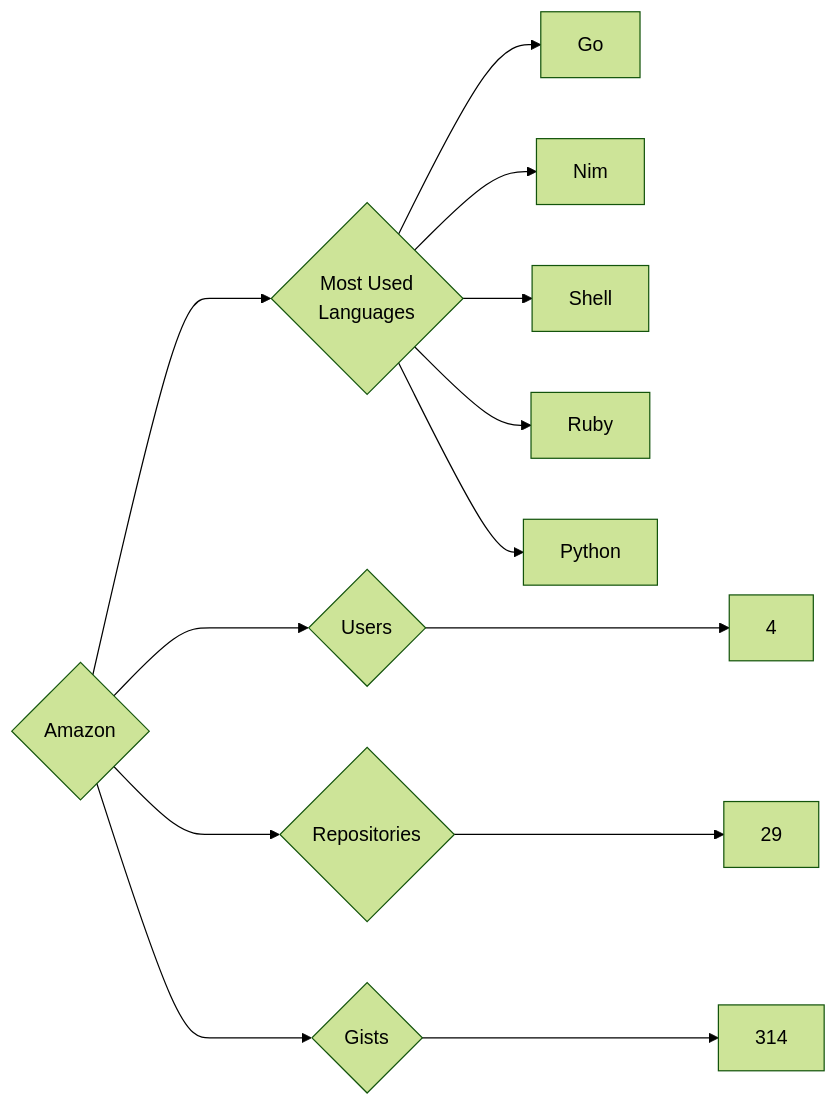
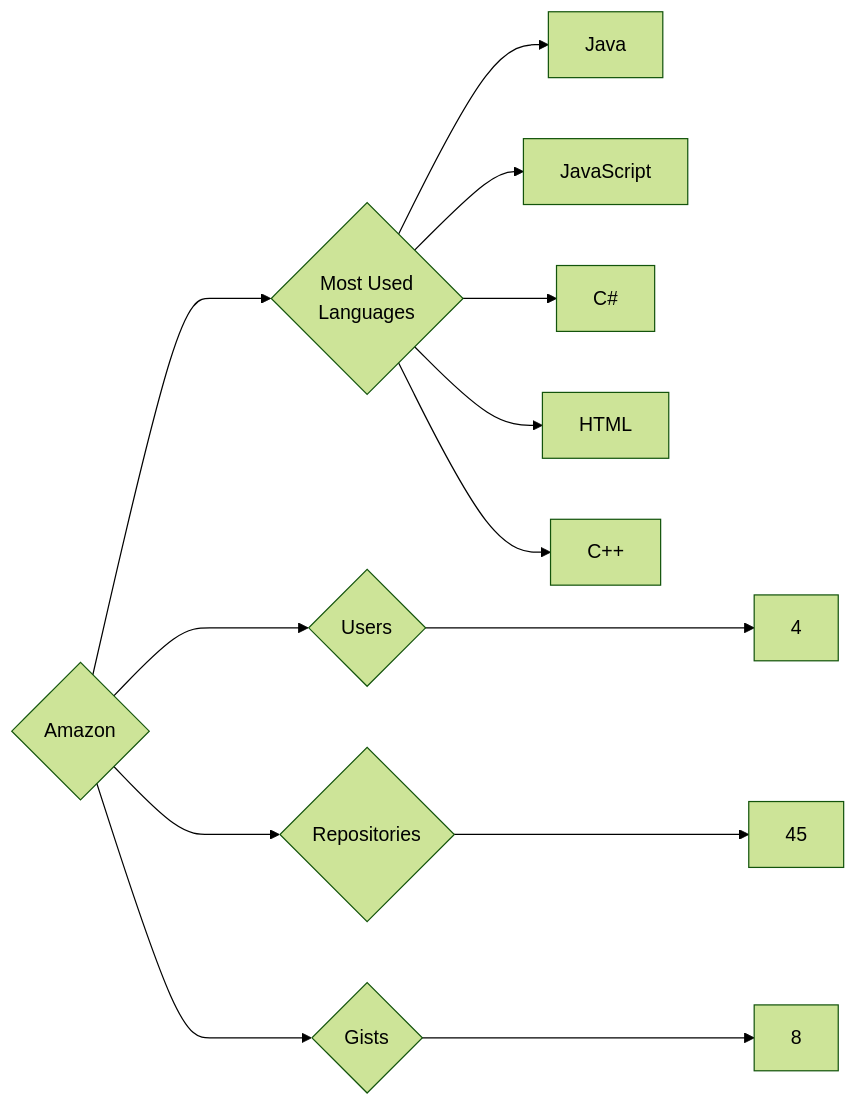
Before and after one commit to trickest/insiders: the diagram in targets/Amazon/README.md, drawn with Mermaid (forest theme). The commit also changed 1123 other files, not shown here.

````diff
--- a/targets/Amazon/README.md
+++ b/targets/Amazon/README.md
@@ -3,13 +3,13 @@
 ```mermaid
 graph LR
 COMPANY_NAME{Amazon}
 COMPANY_NAME ---> U{Users} ---> UN[4]
-COMPANY_NAME ---> R{Repositories} ---> RN[29]
-COMPANY_NAME ---> G{Gists} ---> GN[314]
+COMPANY_NAME ---> R{Repositories} ---> RN[45]
+COMPANY_NAME ---> G{Gists} ---> GN[8]
 COMPANY_NAME ---> ML{Most Used<br>Languages}
-ML --> Go[Go]
-ML --> Nim[Nim]
-ML --> Shell[Shell]
-ML --> Ruby[Ruby]
-ML --> Python[Python]
+ML --> Java[Java]
+ML --> JavaScript[JavaScript]
+ML --> C#[C#]
+ML --> HTML[HTML]
+ML --> C++[C++]
 ```
````
